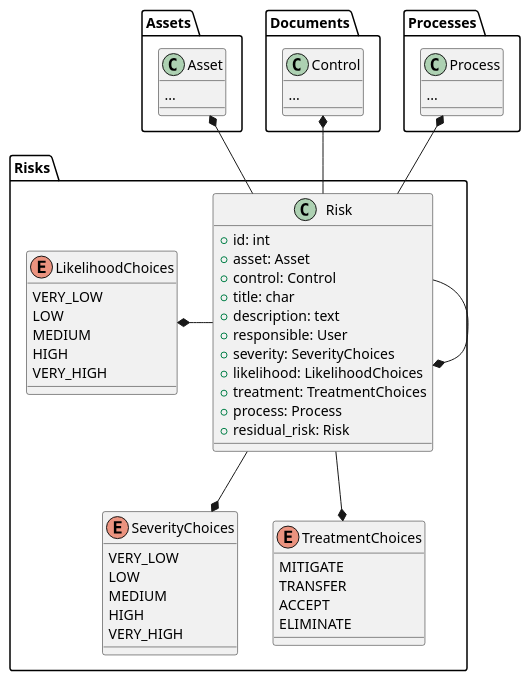
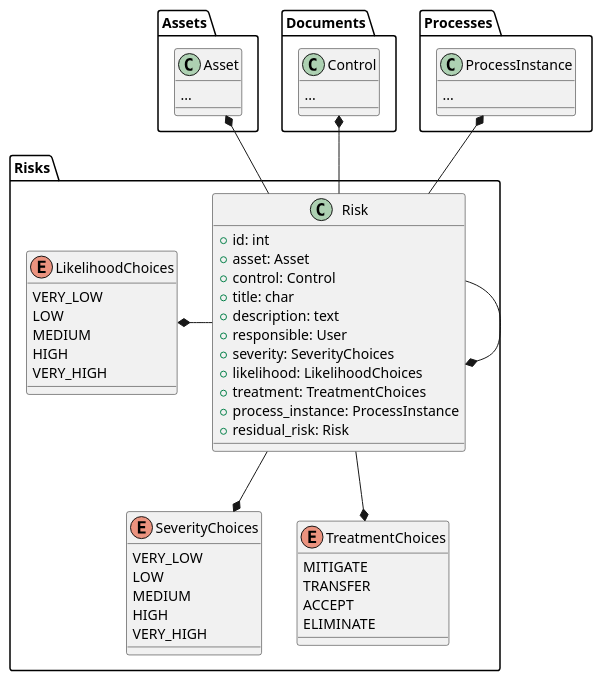
Before and after one commit to Gabo-araya/sgsi_ext: the third of 4 diagrams in docs/rfc/InitialModellingRFC.md, drawn with PlantUML. The commit also changed other lines of this file and 18 other files, not shown here.

Commit message:
feat: rename Process to ProcessInstance

````diff
--- a/docs/rfc/InitialModellingRFC.md
+++ b/docs/rfc/InitialModellingRFC.md
@@ -127,57 +127,57 @@
 ```plantuml
 package Risks {
     class Risk {
         + id: int
         + asset: Asset
         + control: Control
         + title: char
         + description: text
         + responsible: User
         + severity: SeverityChoices
         + likelihood: LikelihoodChoices
         + treatment: TreatmentChoices
-        + process: Process
+        + process_instance: ProcessInstance
         + residual_risk: Risk
     }
     enum LikelihoodChoices {
         VERY_LOW
         LOW
         MEDIUM
         HIGH
         VERY_HIGH
     }
     enum SeverityChoices {
         VERY_LOW
         LOW
         MEDIUM
         HIGH
         VERY_HIGH
     }
     enum TreatmentChoices {
         MITIGATE
         TRANSFER
         ACCEPT
         ELIMINATE
     }
 }
 
 class Assets.Asset {
     ...
 }
 
 class Documents.Control {
     ...
 }
 
-class Processes.Process {
+class Processes.ProcessInstance {
     ...
 }
 
 Risks.Risk -up-* Assets.Asset
 Risks.Risk -up-* Documents.Control
-Risks.Risk -up-* Processes.Process
+Risks.Risk -up-* Processes.ProcessInstance
 Risks.Risk -left* Risks.LikelihoodChoices
 Risks.Risk --* Risks.TreatmentChoices
 Risks.Risk --* Risks.SeverityChoices
 Risks.Risk -* Risks.Risk
 ```
````
